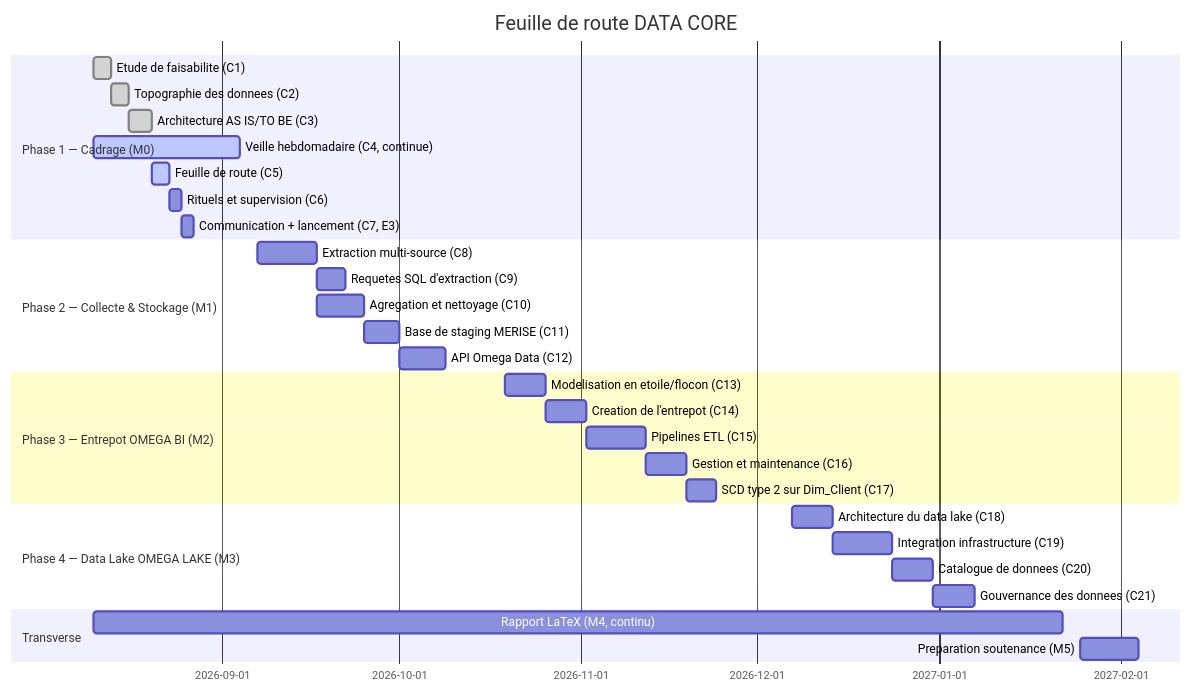
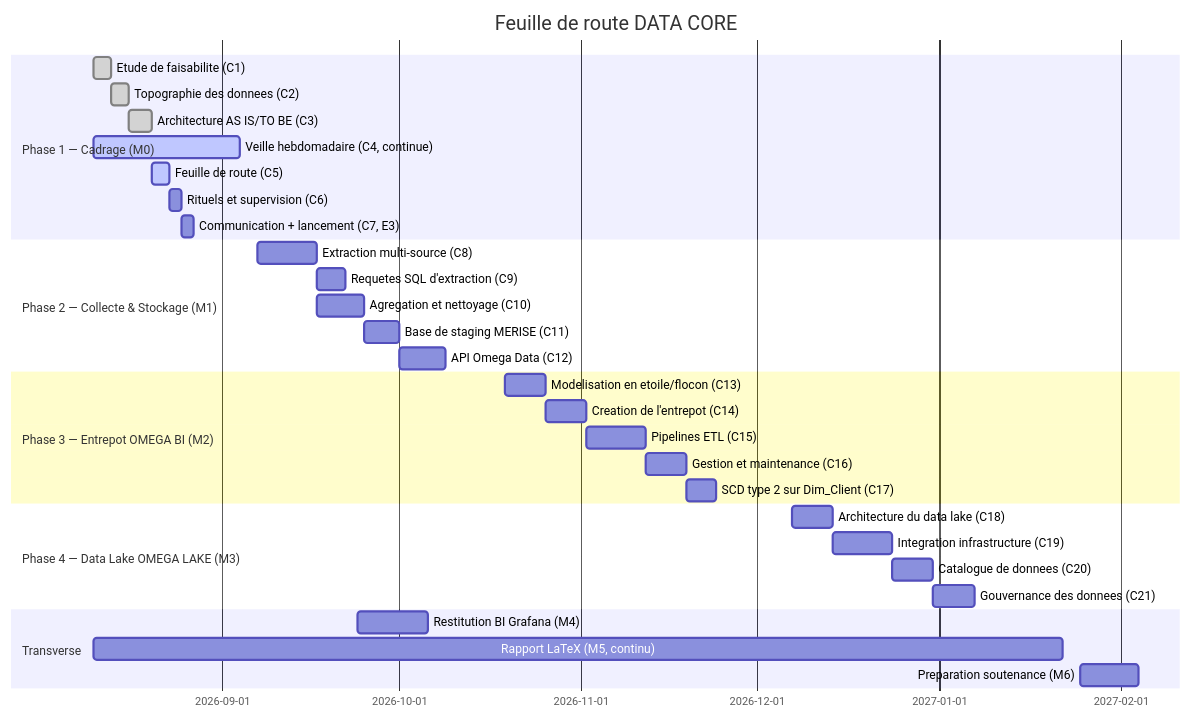
Before and after one commit to alaugier/datacore: the first of 2 diagrams in docs/architecture/feuille_de_route.md, drawn with Mermaid. The commit also changed other lines of this file and 2 other files, not shown here.

First line of the commit message:
docs: ajouter le jalon M4 — Restitution BI (Grafana), renuméroter M4/M5 en M5/M6

````diff
--- a/docs/architecture/feuille_de_route.md
+++ b/docs/architecture/feuille_de_route.md
@@ -86,33 +96,34 @@
 ```mermaid
 gantt
     title Feuille de route DATA CORE
     dateFormat  YYYY-MM-DD
     section Phase 1 — Cadrage (M0)
     Etude de faisabilite (C1)          :done,   p1a, 2026-08-10, 3d
     Topographie des donnees (C2)       :done,   p1b, after p1a, 3d
     Architecture AS IS/TO BE (C3)      :done,   p1c, after p1b, 4d
     Veille hebdomadaire (C4, continue) :active, p1d, 2026-08-10, 25d
     Feuille de route (C5)              :active, p1e, after p1c, 3d
     Rituels et supervision (C6)        :        p1f, after p1e, 2d
     Communication + lancement (C7, E3) :        p1g, after p1f, 2d
     section Phase 2 — Collecte & Stockage (M1)
     Extraction multi-source (C8)       :        p2a, 2026-09-07, 10d
     Requetes SQL d'extraction (C9)     :        p2b, after p2a, 5d
     Agregation et nettoyage (C10)      :        p2c, after p2a, 8d
     Base de staging MERISE (C11)       :        p2d, after p2c, 6d
     API Omega Data (C12)               :        p2e, after p2d, 8d
     section Phase 3 — Entrepot OMEGA BI (M2)
     Modelisation en etoile/flocon (C13):        p3a, 2026-10-19, 7d
     Creation de l'entrepot (C14)       :        p3b, after p3a, 7d
     Pipelines ETL (C15)                :        p3c, after p3b, 10d
     Gestion et maintenance (C16)       :        p3d, after p3c, 7d
     SCD type 2 sur Dim_Client (C17)    :        p3e, after p3d, 5d
     section Phase 4 — Data Lake OMEGA LAKE (M3)
     Architecture du data lake (C18)    :        p4a, 2026-12-07, 7d
     Integration infrastructure (C19)   :        p4b, after p4a, 10d
     Catalogue de donnees (C20)         :        p4c, after p4b, 7d
     Gouvernance des donnees (C21)      :        p4d, after p4c, 7d
     section Transverse
-    Rapport LaTeX (M4, continu)        :        m4, 2026-08-10, 165d
-    Preparation soutenance (M5)        :        m5, 2027-01-25, 10d
+    Restitution BI Grafana (M4)        :        m4bi, 2026-09-24, 12d
+    Rapport LaTeX (M5, continu)        :        m5, 2026-08-10, 165d
+    Preparation soutenance (M6)        :        m6, 2027-01-25, 10d
 ```
````
